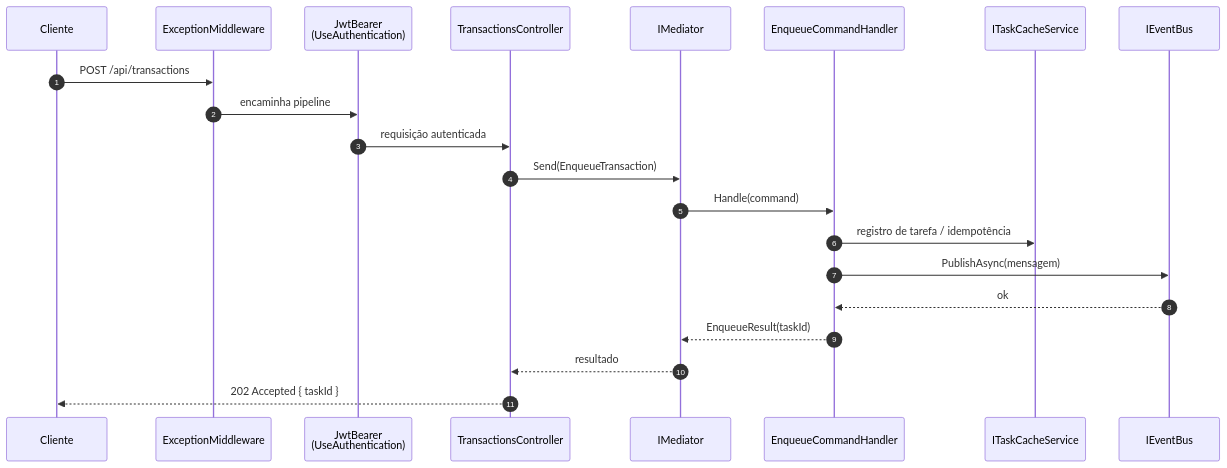
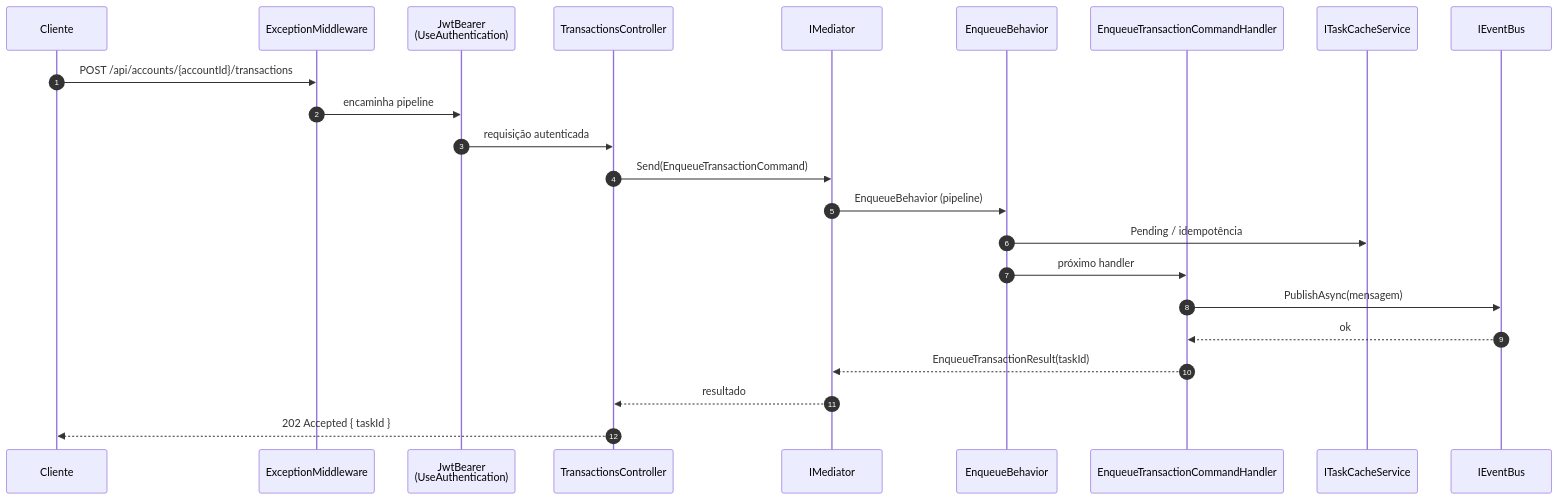
Before and after one commit to filipececcon/arch-challenge: the second of 3 diagrams in docs/architecture/cashflow/layer-01-api.md, drawn with Mermaid. The commit also changed other lines of this file and 38 other files, not shown here.

First line of the commit message:
Refactor Cashflow architecture docs for account aggregate and unified outbox

````diff
--- a/docs/architecture/cashflow/layer-01-api.md
+++ b/docs/architecture/cashflow/layer-01-api.md
@@ -85,24 +100,26 @@
 ```mermaid
 sequenceDiagram
     autonumber
     participant C as Cliente
     participant EM as ExceptionMiddleware
     participant JWT as JwtBearer<br/>(UseAuthentication)
     participant TC as TransactionsController
     participant M as IMediator
-    participant EH as EnqueueCommandHandler
+    participant EBh as EnqueueBehavior
+    participant EH as EnqueueTransactionCommandHandler
     participant TCS as ITaskCacheService
     participant EB as IEventBus
 
-    C->>EM: POST /api/transactions
+    C->>EM: POST /api/accounts/{accountId}/transactions
     EM->>JWT: encaminha pipeline
     JWT->>TC: requisição autenticada
-    TC->>M: Send(EnqueueTransaction)
-    M->>EH: Handle(command)
-    EH->>TCS: registro de tarefa / idempotência
+    TC->>M: Send(EnqueueTransactionCommand)
+    M->>EBh: EnqueueBehavior (pipeline)
+    EBh->>TCS: Pending / idempotência
+    EBh->>EH: próximo handler
     EH->>EB: PublishAsync(mensagem)
     EB-->>EH: ok
-    EH-->>M: EnqueueResult(taskId)
+    EH-->>M: EnqueueTransactionResult(taskId)
     M-->>TC: resultado
     TC-->>C: 202 Accepted { taskId }
 ```
````
